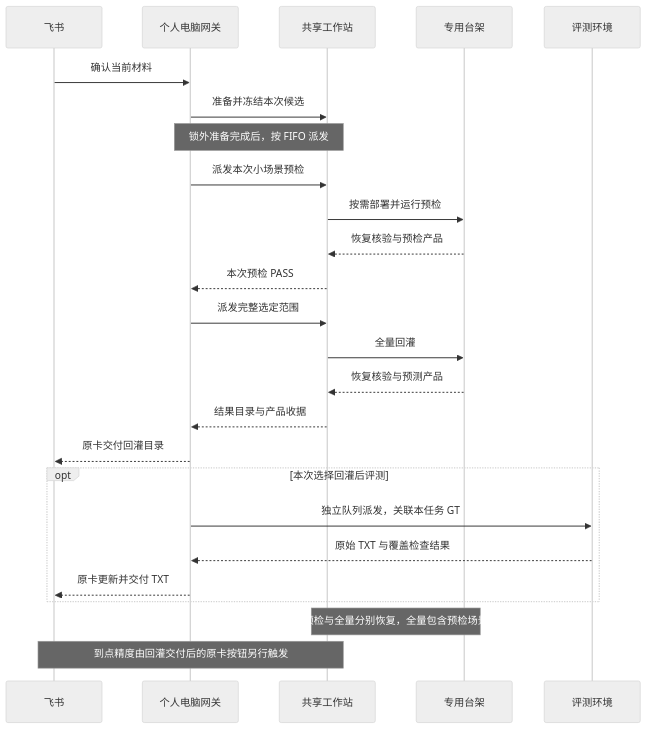
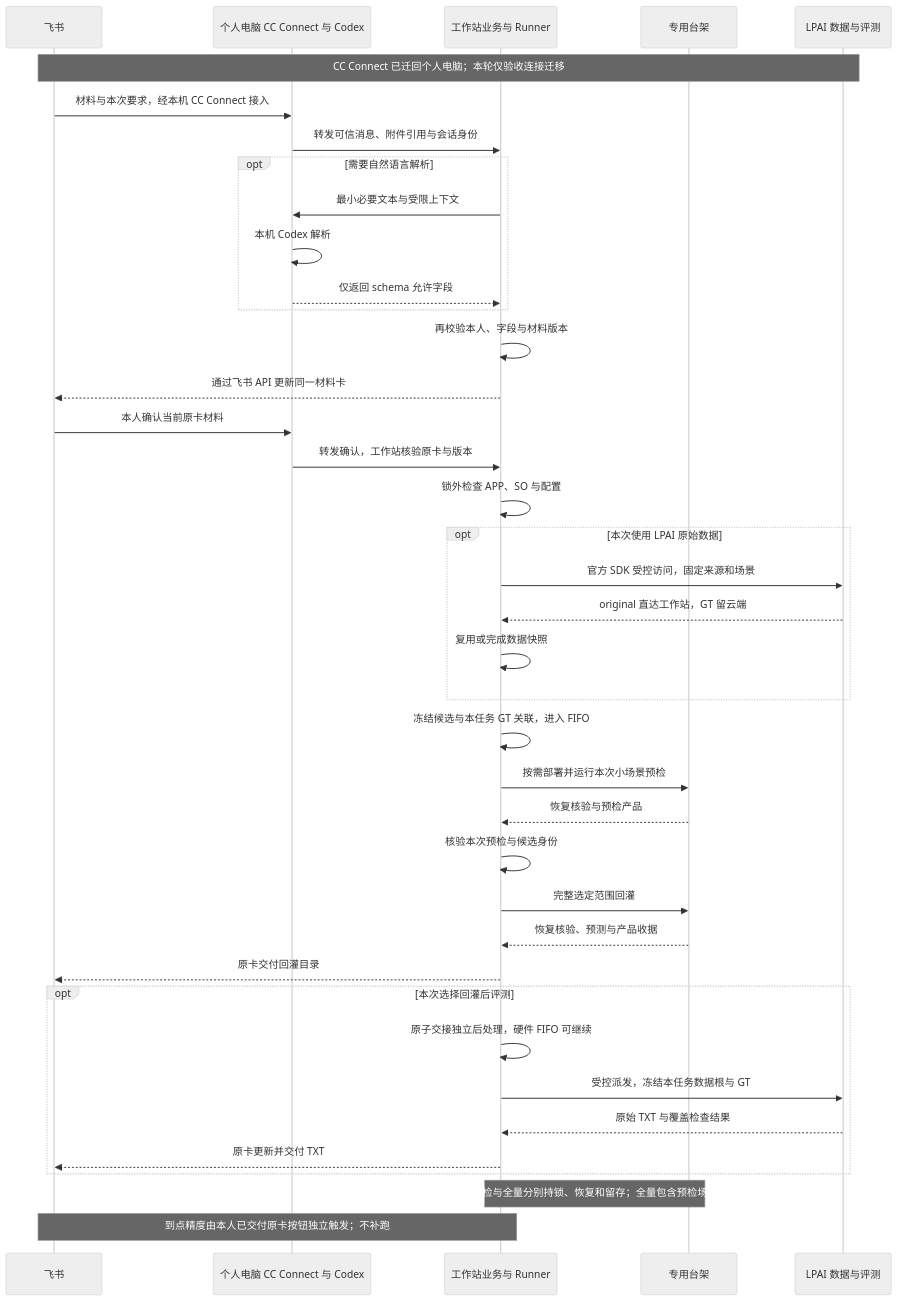
The diagram in README.md (Inner-vic/benchflow), drawn with Mermaid (neutral theme) before and after one commit. The commit also changed other lines of this file and 10 other files, not shown here.

````diff
--- a/README.md
+++ b/README.md
@@ -107,30 +109,44 @@
 ```mermaid
 sequenceDiagram
     participant F as 飞书
-    participant PC as 个人电脑网关
-    participant WS as 共享工作站
+    participant PC as 个人电脑 CC Connect 与 Codex
+    participant WS as 工作站业务与 Runner
     participant B as 专用台架
-    participant EV as 评测环境
+    participant EV as LPAI 数据与评测
 
-    F->>PC: 确认当前材料
-    PC->>WS: 准备并冻结本次候选
-    Note over PC,WS: 锁外准备完成后，按 FIFO 派发
-    PC->>WS: 派发本次小场景预检
-    WS->>B: 按需部署并运行预检
+    Note over F,EV: CC Connect 已迁回个人电脑；本轮仅验收连接迁移
+    F->>PC: 材料与本次要求，经本机 CC Connect 接入
+    PC->>WS: 转发可信消息、附件引用与会话身份
+    opt 需要自然语言解析
+        WS->>PC: 最小必要文本与受限上下文
+        PC->>PC: 本机 Codex 解析
+        PC-->>WS: 仅返回 schema 允许字段
+    end
+    WS->>WS: 再校验本人、字段与材料版本
+    WS-->>F: 通过飞书 API 更新同一材料卡
+    F->>PC: 本人确认当前原卡材料
+    PC->>WS: 转发确认，工作站核验原卡与版本
+    WS->>WS: 锁外检查 APP、SO 与配置
+    opt 本次使用 LPAI 原始数据
+        WS->>EV: 官方 SDK 受控访问，固定来源和场景
+        EV-->>WS: original 直达工作站，GT 留云端
+        WS->>WS: 复用或完成数据快照
+    end
+    WS->>WS: 冻结候选与本任务 GT 关联，进入 FIFO
+    WS->>B: 按需部署并运行本次小场景预检
     B-->>WS: 恢复核验与预检产品
-    WS-->>PC: 本次预检 PASS
-    PC->>WS: 派发完整选定范围
-    WS->>B: 全量回灌
-    B-->>WS: 恢复核验与预测产品
-    WS-->>PC: 结果目录与产品收据
-    PC-->>F: 原卡交付回灌目录
+    WS->>WS: 核验本次预检与候选身份
+    WS->>B: 完整选定范围回灌
+    B-->>WS: 恢复核验、预测与产品收据
+    WS-->>F: 原卡交付回灌目录
 
     opt 本次选择回灌后评测
-        PC->>EV: 独立队列派发，关联本任务 GT
-        EV-->>PC: 原始 TXT 与覆盖检查结果
-        PC-->>F: 原卡更新并交付 TXT
+        WS->>WS: 原子交接独立后处理，硬件 FIFO 可继续
+        WS->>EV: 受控派发，冻结本任务数据根与 GT
+        EV-->>WS: 原始 TXT 与覆盖检查结果
+        WS-->>F: 原卡更新并交付 TXT
     end
 
-    Note over WS,B: 预检与全量分别恢复，全量包含预检场景
-    Note over F,WS: 到点精度由回灌交付后的原卡按钮另行触发
+    Note over WS,B: 预检与全量分别持锁、恢复和留存；全量包含预检场景
+    Note over F,WS: 到点精度由本人已交付原卡按钮独立触发；不补跑
 ```
````
